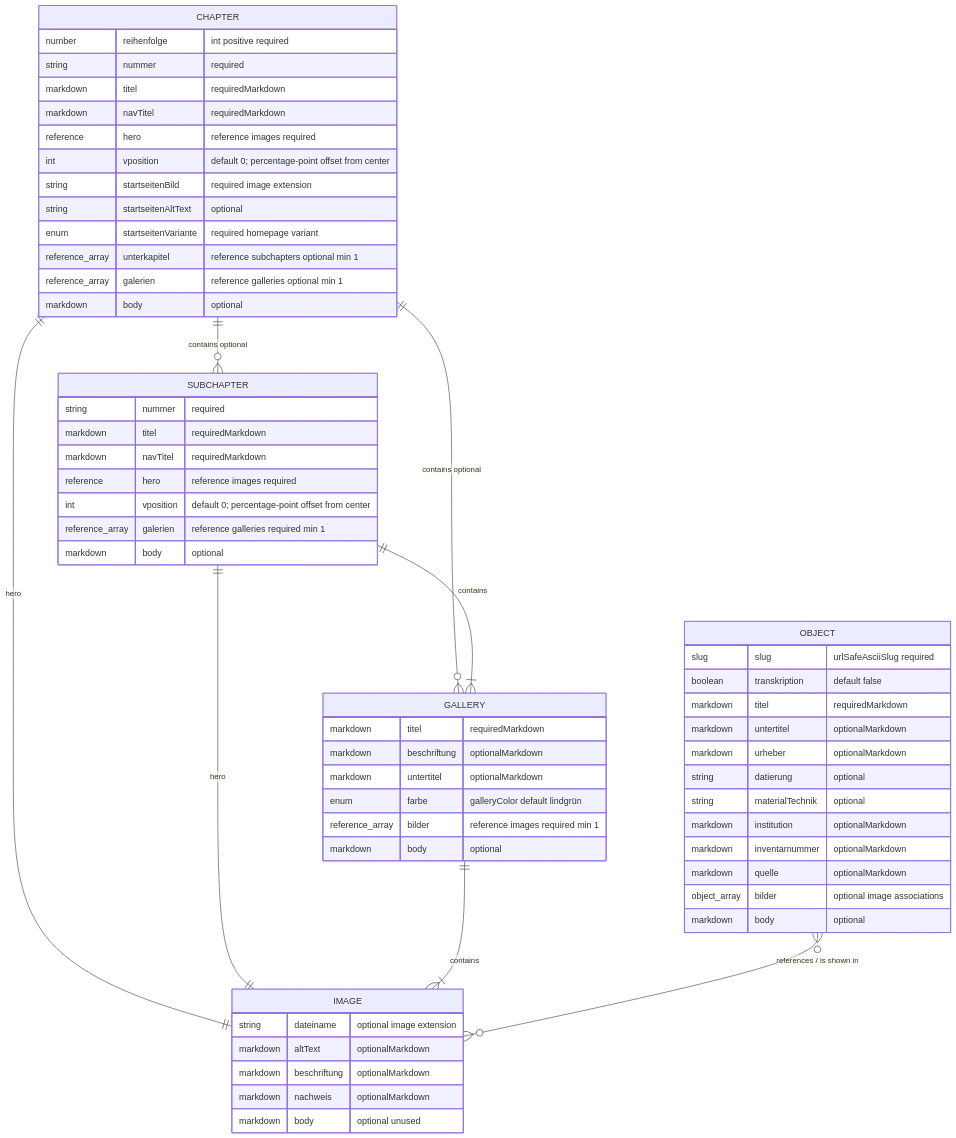
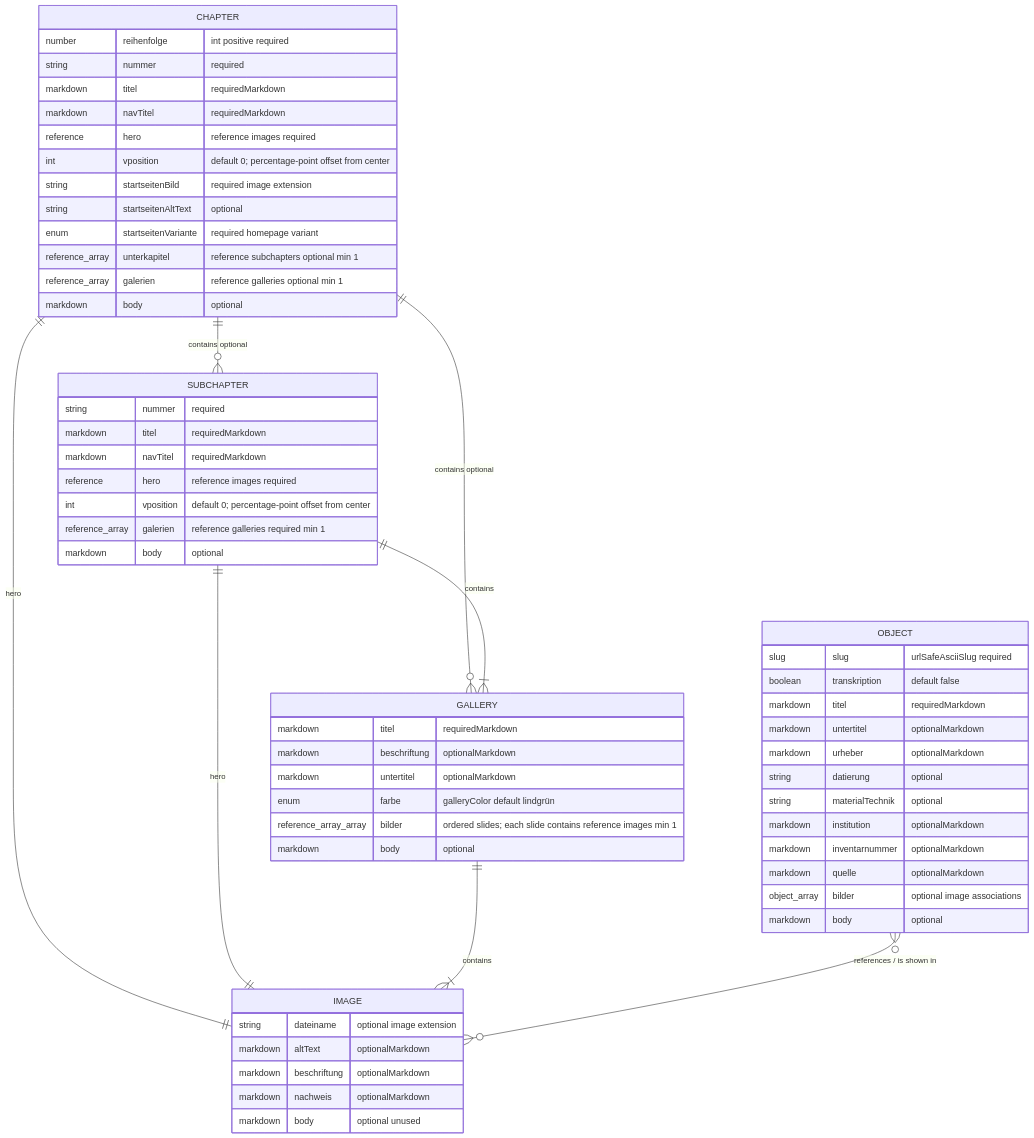
One commit to Theodor-Springmann-Stiftung/hebel-ausstellung changed the diagram in docs/content-model.md. Above: the diagram before and after it, drawn with Mermaid. The commit also changed other lines of this file and 251 other files, not shown here.

````diff
--- a/docs/content-model.md
+++ b/docs/content-model.md
@@ -294,67 +304,67 @@
 ```mermaid
 erDiagram
   CHAPTER ||--o{ SUBCHAPTER : "contains optional"
   CHAPTER ||--o{ GALLERY : "contains optional"
   CHAPTER ||--|| IMAGE : "hero"
   SUBCHAPTER ||--|{ GALLERY : "contains"
   SUBCHAPTER ||--|| IMAGE : "hero"
   GALLERY ||--|{ IMAGE : "contains"
   OBJECT }o--o{ IMAGE : "references / is shown in"
 
   CHAPTER {
     number reihenfolge "int positive required"
     string nummer "required"
     markdown titel "requiredMarkdown"
     markdown navTitel "requiredMarkdown"
     reference hero "reference images required"
     int vposition "default 0; percentage-point offset from center"
     string startseitenBild "required image extension"
     string startseitenAltText "optional"
     enum startseitenVariante "required homepage variant"
     reference_array unterkapitel "reference subchapters optional min 1"
     reference_array galerien "reference galleries optional min 1"
     markdown body "optional"
   }
 
   SUBCHAPTER {
     string nummer "required"
     markdown titel "requiredMarkdown"
     markdown navTitel "requiredMarkdown"
     reference hero "reference images required"
     int vposition "default 0; percentage-point offset from center"
     reference_array galerien "reference galleries required min 1"
     markdown body "optional"
   }
 
   GALLERY {
     markdown titel "requiredMarkdown"
     markdown beschriftung "optionalMarkdown"
     markdown untertitel "optionalMarkdown"
     enum farbe "galleryColor default lindgrün"
-    reference_array bilder "reference images required min 1"
+    reference_array_array bilder "ordered slides; each slide contains reference images min 1"
     markdown body "optional"
   }
 
   IMAGE {
     string dateiname "optional image extension"
     markdown altText "optionalMarkdown"
     markdown beschriftung "optionalMarkdown"
     markdown nachweis "optionalMarkdown"
     markdown body "optional unused"
   }
 
   OBJECT {
     slug slug "urlSafeAsciiSlug required"
     boolean transkription "default false"
     markdown titel "requiredMarkdown"
     markdown untertitel "optionalMarkdown"
     markdown urheber "optionalMarkdown"
     string datierung "optional"
     string materialTechnik "optional"
     markdown institution "optionalMarkdown"
     markdown inventarnummer "optionalMarkdown"
     markdown quelle "optionalMarkdown"
     object_array bilder "optional image associations"
     markdown body "optional"
   }
 ```
````
